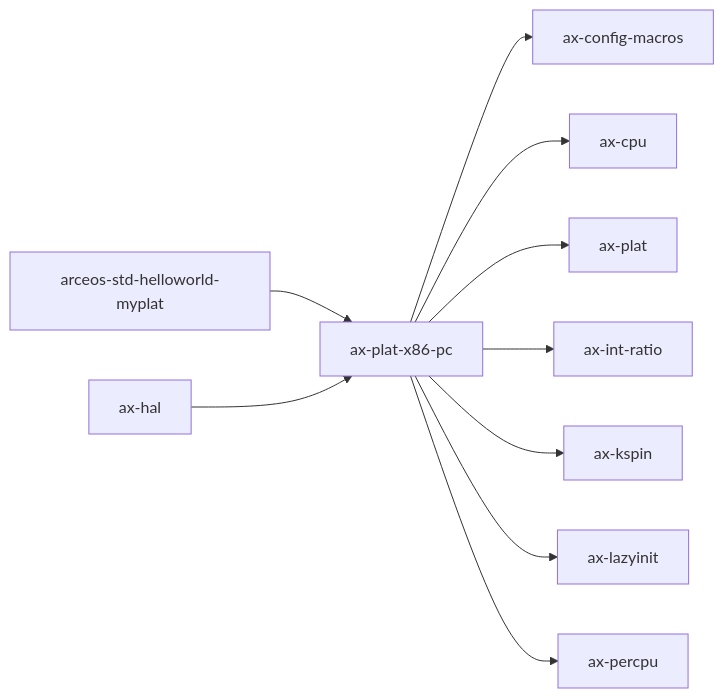
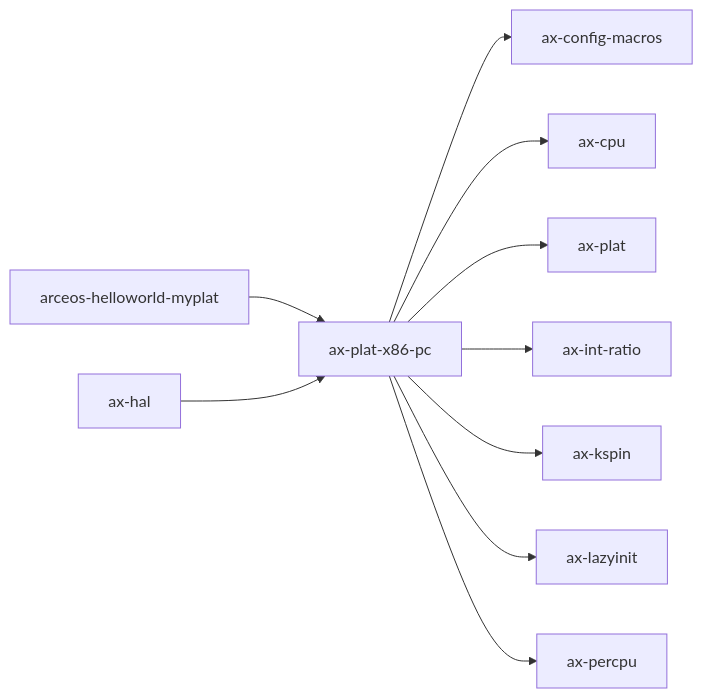
One commit to rcore-os/tgoskits changed the third of 3 diagrams in docs/docs/components/crates/ax-plat-x86-pc.md. Above: the diagram before and after it, drawn with Mermaid. The commit also changed other lines of this file and 42 other files, not shown here.

````diff
--- a/docs/docs/components/crates/ax-plat-x86-pc.md
+++ b/docs/docs/components/crates/ax-plat-x86-pc.md
@@ -234,13 +234,13 @@
 ```mermaid
 graph LR
     current["ax-plat-x86-pc"]
     current --> axconfig_macros["ax-config-macros"]
     current --> ax-cpu["ax-cpu"]
     current --> axplat["ax-plat"]
     current --> ax_int_ratio["ax-int-ratio"]
     current --> ax_kspin["ax-kspin"]
     current --> ax_lazyinit["ax-lazyinit"]
     current --> ax-percpu["ax-percpu"]
-    arceos_helloworld_myplat["arceos-std-helloworld-myplat"] --> current
+    arceos_helloworld_myplat["arceos-helloworld-myplat"] --> current
     ax-hal["ax-hal"] --> current
 ```
````
